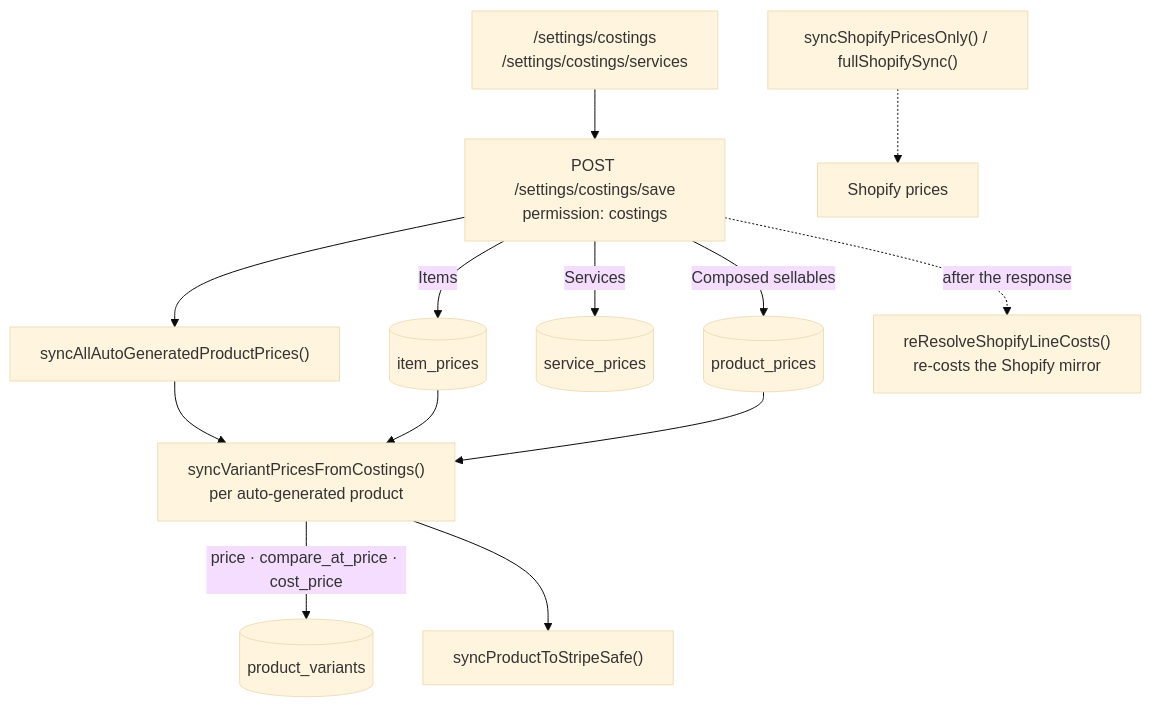
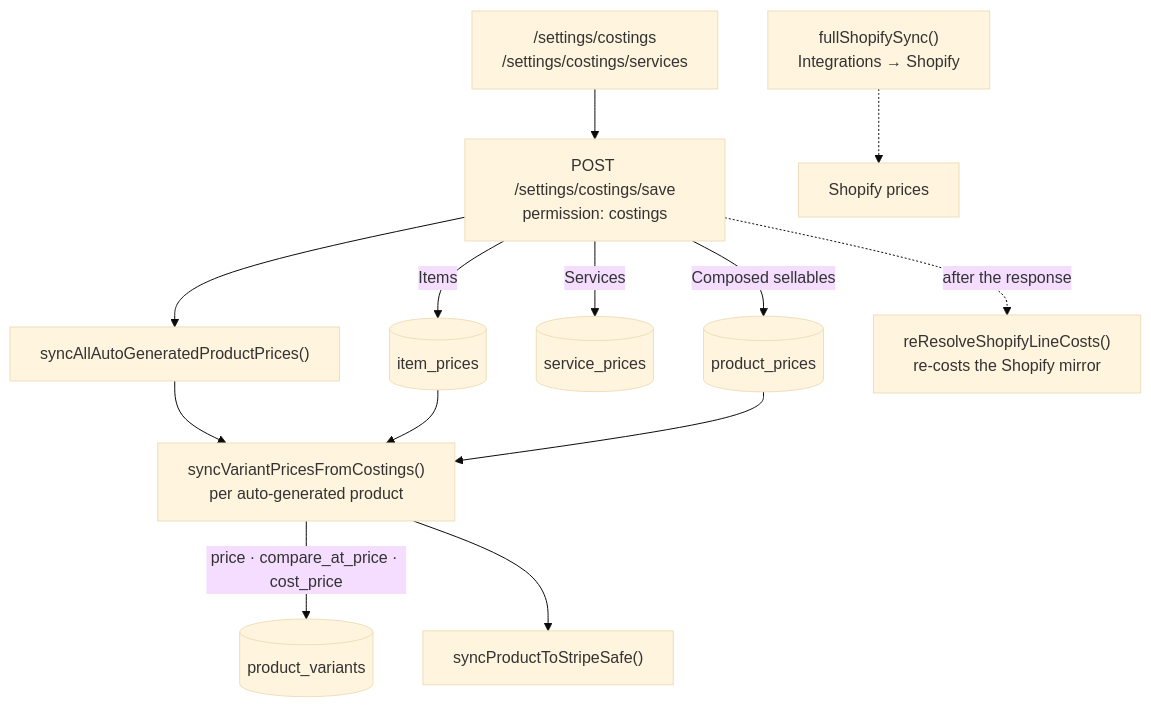
Before and after one commit to ivanyeors/mp: the second of 2 diagrams in docs/data-flows/settings.md, drawn with Mermaid (base theme). The commit also changed other lines of this file and 10 other files, not shown here.

First line of the commit message:
Remove the Shopify price sync from Costings

````diff
--- a/docs/data-flows/settings.md
+++ b/docs/data-flows/settings.md
@@ -56,15 +56,15 @@
 ```mermaid
 flowchart TD
   ui["/settings/costings<br/>/settings/costings/services"] --> save["POST /settings/costings/save<br/>permission: costings"]
   save -->|"Items"| ip[(item_prices)]
   save -->|"Composed sellables"| pp[(product_prices)]
   save -->|"Services"| sp[(service_prices)]
   save --> sync["syncAllAutoGeneratedProductPrices()"]
   sync --> svp["syncVariantPricesFromCostings()<br/>per auto-generated product"]
   ip --> svp
   pp --> svp
   svp -->|"price · compare_at_price · cost_price"| pv[(product_variants)]
   svp --> stripe["syncProductToStripeSafe()"]
   save -.->|"after the response"| rr["reResolveShopifyLineCosts()<br/>re-costs the Shopify mirror"]
-  shopifybtn["syncShopifyPricesOnly() / fullShopifySync()"] -.-> shp["Shopify prices"]
+  fullsync["fullShopifySync()<br/>Integrations → Shopify"] -.-> shp["Shopify prices"]
 ```
````
